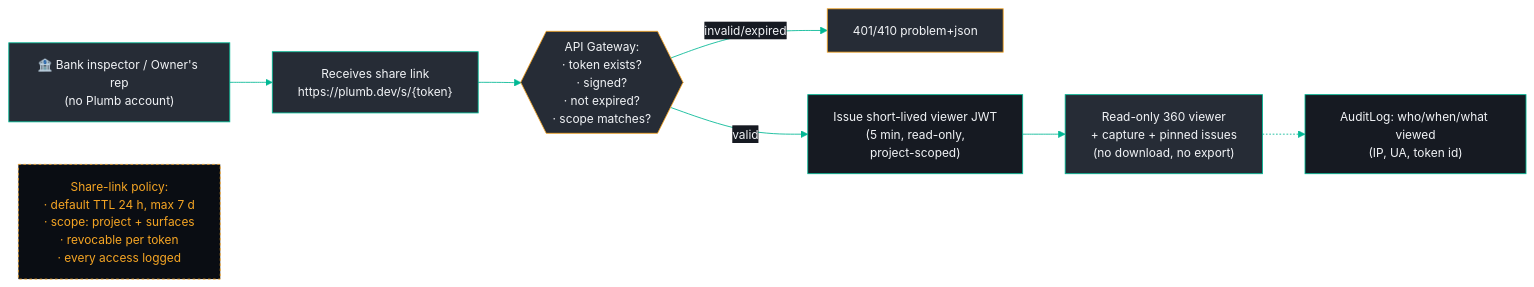
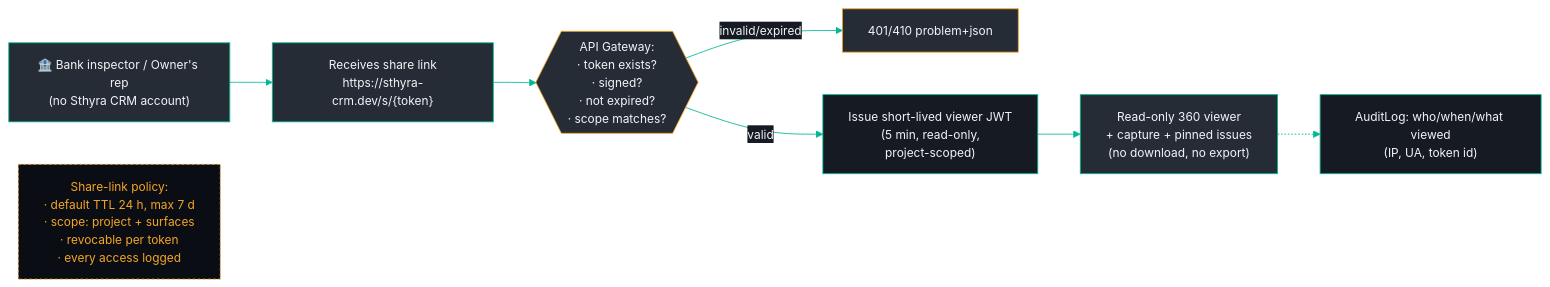
One commit to mkrmuralireddy98-dev/sthyra-crm changed the diagram in docs/dev-flowcharts/dev-08-share-link.mmd. Above: the diagram before and after it, drawn with Mermaid. The commit also changed 25 other files, not shown here.

```diff
--- a/docs/dev-flowcharts/dev-08-share-link.mmd
+++ b/docs/dev-flowcharts/dev-08-share-link.mmd
@@ -1,24 +1,24 @@
 %%{init: {"theme": "base", "themeVariables": {"primaryColor": "#0A0D13", "primaryTextColor": "#F2F4F7", "primaryBorderColor": "#00B894", "lineColor": "#00B894", "secondaryColor": "#161A22", "tertiaryColor": "#262C36", "fontFamily": "Helvetica, Arial, sans-serif", "fontSize": "14px"}}}%%
 flowchart LR
     classDef ext fill:#262C36,stroke:#00B894,color:#F2F4F7
     classDef svc fill:#161A22,stroke:#00B894,color:#F2F4F7
     classDef gate fill:#262C36,stroke:#F5A524,color:#F2F4F7
 
-    Bank["🏦 Bank inspector / Owner's rep<br/>(no Plumb account)"]:::ext
-    Link["Receives share link<br/>https://plumb.dev/s/{token}"]:::ext
+    Bank["🏦 Bank inspector / Owner's rep<br/>(no Sthyra CRM account)"]:::ext
+    Link["Receives share link<br/>https://sthyra-crm.dev/s/{token}"]:::ext
     GW{{"API Gateway:<br/>· token exists?<br/>· signed?<br/>· not expired?<br/>· scope matches?"}}:::gate
     Deny["401/410 problem+json"]:::gate
     JWT["Issue short-lived viewer JWT<br/>(5 min, read-only,<br/>project-scoped)"]:::svc
     VIEW["Read-only 360 viewer<br/>+ capture + pinned issues<br/>(no download, no export)"]:::ext
     AUDIT["AuditLog: who/when/what viewed<br/>(IP, UA, token id)"]:::svc
 
     Bank --> Link
     Link --> GW
     GW -->|"invalid/expired"| Deny
     GW -->|"valid"| JWT
     JWT --> VIEW
     VIEW -.-> AUDIT
 
     Note["Share-link policy:<br/>· default TTL 24 h, max 7 d<br/>· scope: project + surfaces<br/>· revocable per token<br/>· every access logged"]
 
     style Note fill:#0A0D13,stroke:#F5A524,color:#F5A524,stroke-width:1px,stroke-dasharray:3 3
```
